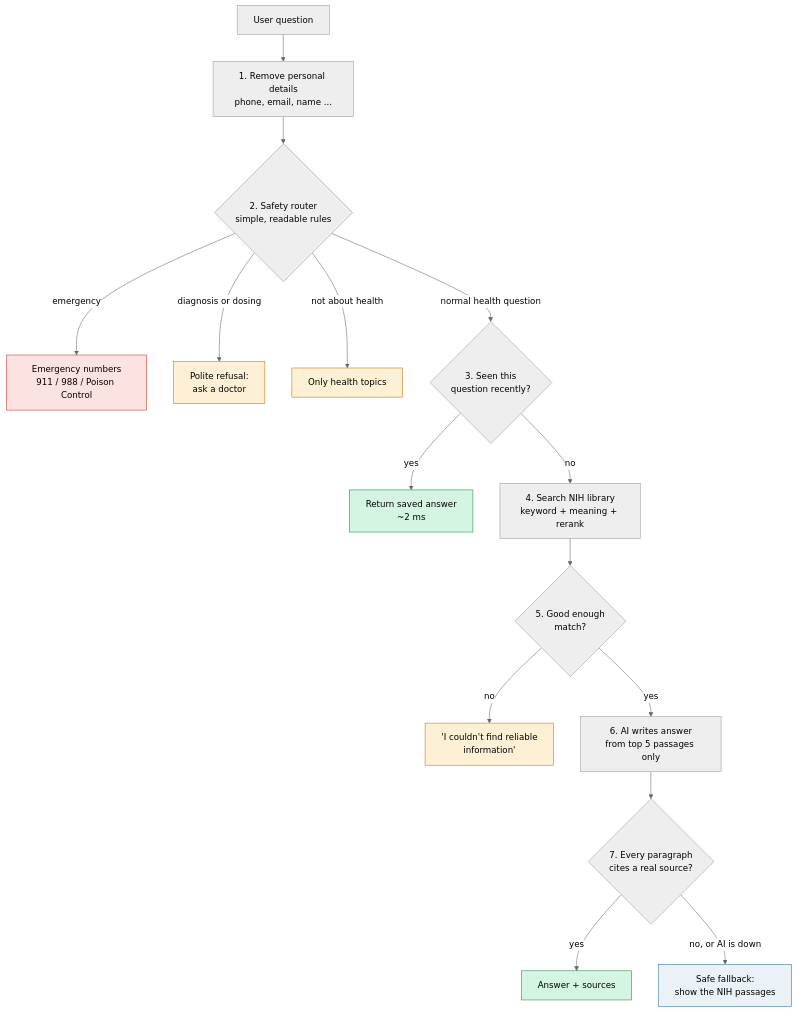
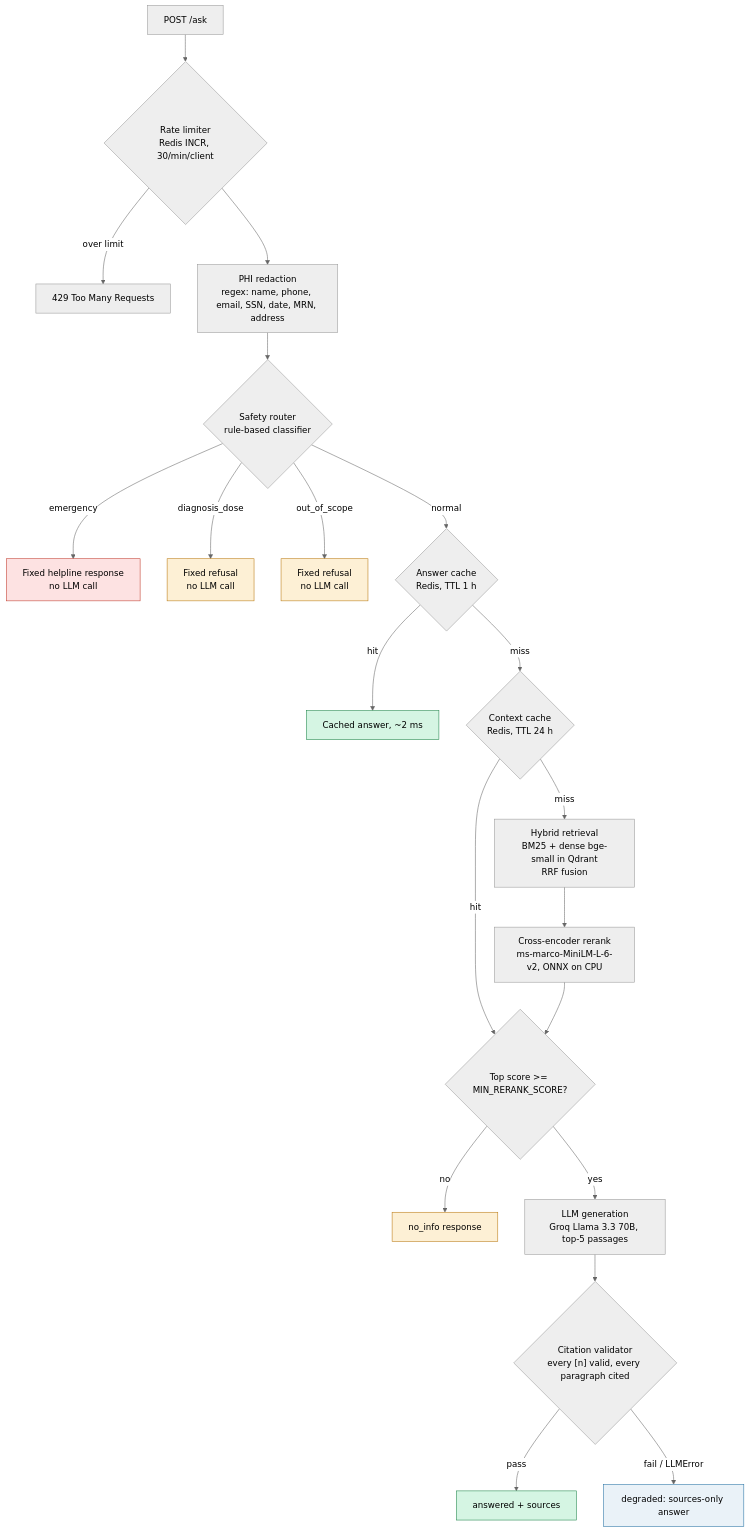
One commit to pavanaditya123/healthcare-rag-assistant changed the first of 13 diagrams in README.md. Above: the diagram before and after it, drawn with Mermaid (neutral theme). The commit also changed other lines of this file, not shown here.

Commit message:
README: technical diagrams per component, each followed by an everyday explanation

````diff
--- a/README.md
+++ b/README.md
@@ -125,25 +62,30 @@
 ```mermaid
 flowchart TD
-    U["User question"] --> PHI["1. Remove personal details<br/>phone, email, name ..."]
-    PHI --> SR{"2. Safety router<br/>simple, readable rules"}
-    SR -- "emergency" --> EM["Emergency numbers<br/>911 / 988 / Poison Control"]
-    SR -- "diagnosis or dosing" --> REF["Polite refusal:<br/>ask a doctor"]
-    SR -- "not about health" --> OOS["Only health topics"]
-    SR -- "normal health question" --> AC{"3. Seen this<br/>question recently?"}
-    AC -- "yes" --> FAST["Return saved answer<br/>~2 ms"]
-    AC -- "no" --> RET["4. Search NIH library<br/>keyword + meaning + rerank"]
-    RET --> TH{"5. Good enough<br/>match?"}
-    TH -- "no" --> NOI["'I couldn't find reliable<br/>information'"]
-    TH -- "yes" --> LLM["6. AI writes answer<br/>from top 5 passages only"]
-    LLM --> CV{"7. Every paragraph<br/>cites a real source?"}
-    CV -- "yes" --> OK["Answer + sources"]
-    CV -- "no, or AI is down" --> SO["Safe fallback:<br/>show the NIH passages"]
+    Q["POST /ask"] --> RL{"Rate limiter<br/>Redis INCR, 30/min/client"}
+    RL -- "over limit" --> R429["429 Too Many Requests"]
+    RL --> PHI["PHI redaction<br/>regex: name, phone, email, SSN, date, MRN, address"]
+    PHI --> SR{"Safety router<br/>rule-based classifier"}
+    SR -- "emergency" --> EM["Fixed helpline response<br/>no LLM call"]
+    SR -- "diagnosis_dose" --> DD["Fixed refusal<br/>no LLM call"]
+    SR -- "out_of_scope" --> OS["Fixed refusal<br/>no LLM call"]
+    SR -- "normal" --> AC{"Answer cache<br/>Redis, TTL 1 h"}
+    AC -- "hit" --> HIT["Cached answer, ~2 ms"]
+    AC -- "miss" --> CC{"Context cache<br/>Redis, TTL 24 h"}
+    CC -- "hit" --> TH
+    CC -- "miss" --> HR["Hybrid retrieval<br/>BM25 + dense bge-small in Qdrant<br/>RRF fusion"]
+    HR --> CE["Cross-encoder rerank<br/>ms-marco-MiniLM-L-6-v2, ONNX on CPU"]
+    CE --> TH{"Top score >= MIN_RERANK_SCORE?"}
+    TH -- "no" --> NI["no_info response"]
+    TH -- "yes" --> LLM["LLM generation<br/>Groq Llama 3.3 70B, top-5 passages"]
+    LLM --> CV{"Citation validator<br/>every [n] valid, every paragraph cited"}
+    CV -- "pass" --> OK["answered + sources"]
+    CV -- "fail / LLMError" --> DG["degraded: sources-only answer"]
 
-    style EM fill:#fde2e2,stroke:#c0392b
-    style REF fill:#fdf0d5,stroke:#b9770e
-    style OOS fill:#fdf0d5,stroke:#b9770e
-    style NOI fill:#fdf0d5,stroke:#b9770e
-    style OK fill:#d5f5e3,stroke:#1e8449
-    style FAST fill:#d5f5e3,stroke:#1e8449
-    style SO fill:#eaf2f8,stroke:#2471a3
+    style EM fill:#fde2e2,stroke:#c0392b,color:#000
+    style DD fill:#fdf0d5,stroke:#b9770e,color:#000
+    style OS fill:#fdf0d5,stroke:#b9770e,color:#000
+    style NI fill:#fdf0d5,stroke:#b9770e,color:#000
+    style OK fill:#d5f5e3,stroke:#1e8449,color:#000
+    style HIT fill:#d5f5e3,stroke:#1e8449,color:#000
+    style DG fill:#eaf2f8,stroke:#2471a3,color:#000
 ```
````
